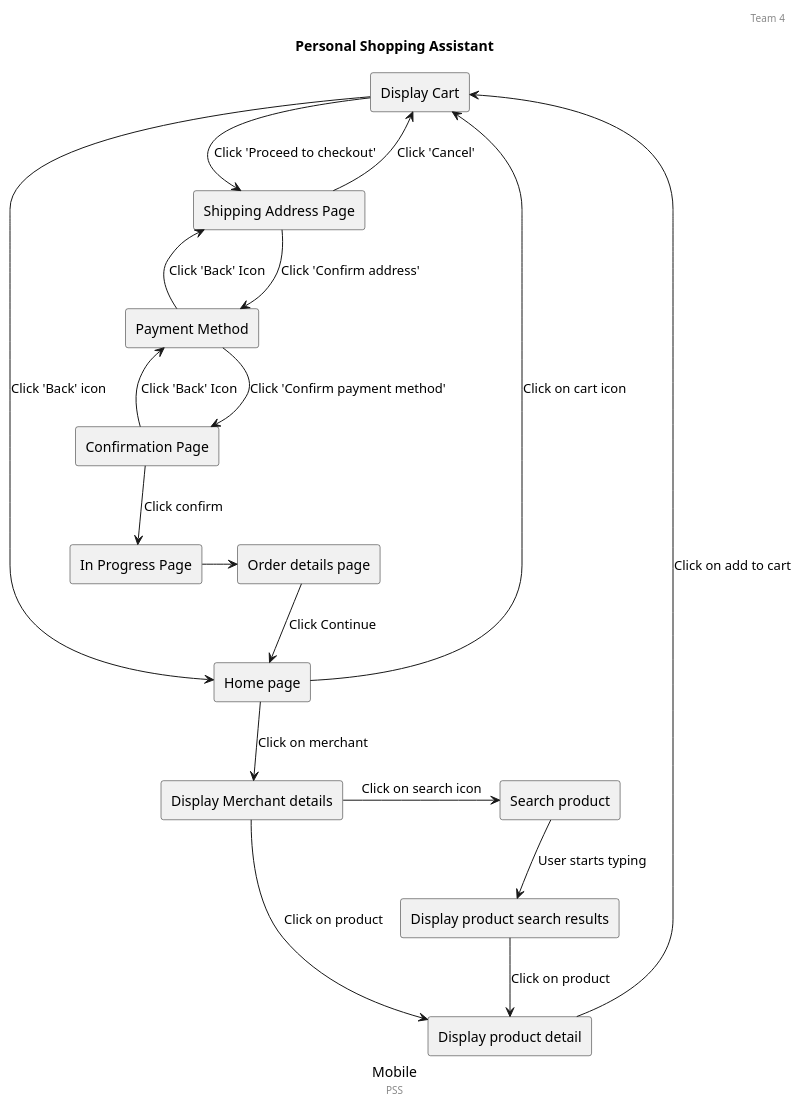
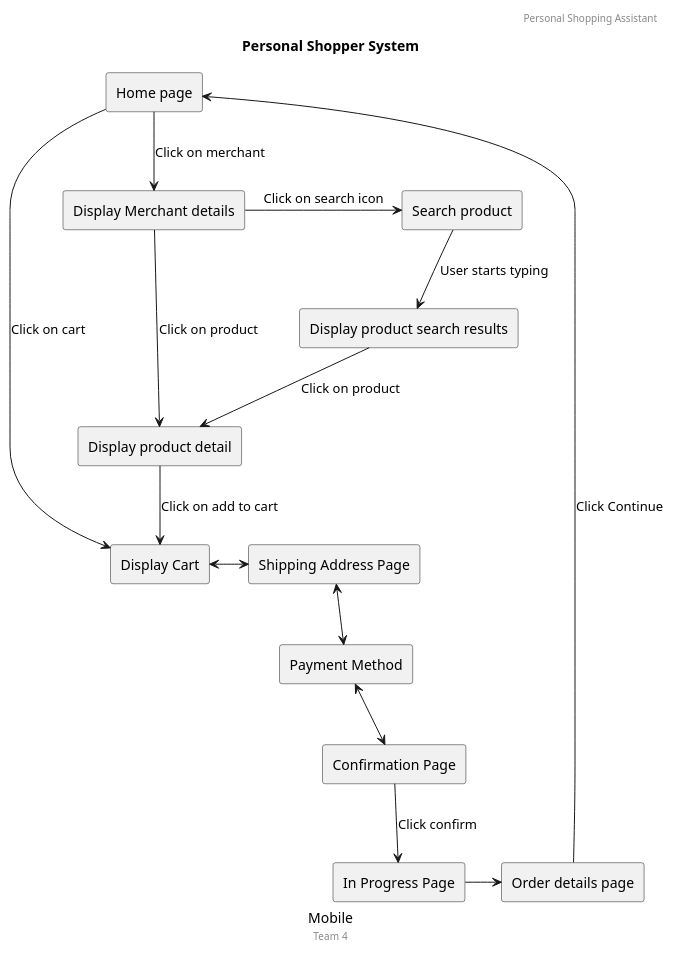
One commit to jjzcru/stevens-564 changed the diagram in Activities/module 12/diagram.pu. Above: the diagram before and after it, drawn with PlantUML. The commit also changed 6 other files, not shown here.

```diff
--- a/Activities/module 12/diagram.pu
+++ b/Activities/module 12/diagram.pu
@@ -1,43 +1,39 @@
 @startuml
-header Team 4
-title Personal Shopping Assistant
+header Personal Shopping Assistant
+title Personal Shopper System
 caption Mobile
-footer PSS
+footer Team 4
 
 rectangle "Home page" as home
 rectangle "Display Cart" as cart
 rectangle "Display product detail" as product_detail 
 rectangle "Display Merchant details" as merchant_detail
 rectangle "Search product" as search_product 
 rectangle "Display product search results" as search_product_results
 rectangle "Shipping Address Page" as shipping_address
 rectangle "Payment Method" as payment_method
 rectangle "Confirmation Page" as confirmation
 rectangle "In Progress Page" as in_progress
 rectangle "Order details page" as order_detail
 
-home --> cart : "Click on cart icon"
+home -> cart: "Click on cart"
 home --> merchant_detail : "Click on merchant"
 
 merchant_detail -> product_detail : "Click on product"
 merchant_detail -> search_product : "Click on search icon"
 
 search_product --> search_product_results: "User starts typing"
 search_product_results --> product_detail: "Click on product"
 
 product_detail --> cart: "Click on add to cart"
-cart -> home: "Click 'Back' icon"
-cart -> shipping_address: "Click 'Proceed to checkout'"
-shipping_address --> cart: "Click 'Cancel'"
-shipping_address --> payment_method: "Click 'Confirm address'"
-payment_method --> shipping_address: "Click 'Back' Icon"
-payment_method --> confirmation: "Click 'Confirm payment method'"
-confirmation --> payment_method: "Click 'Back' Icon"
+cart <-> shipping_address
+shipping_address <--> payment_method
+payment_method <--> confirmation
 confirmation --> in_progress: "Click confirm"
 
 in_progress -> order_detail
 order_detail --> home: "Click Continue"
 
 
 
 @enduml
```
